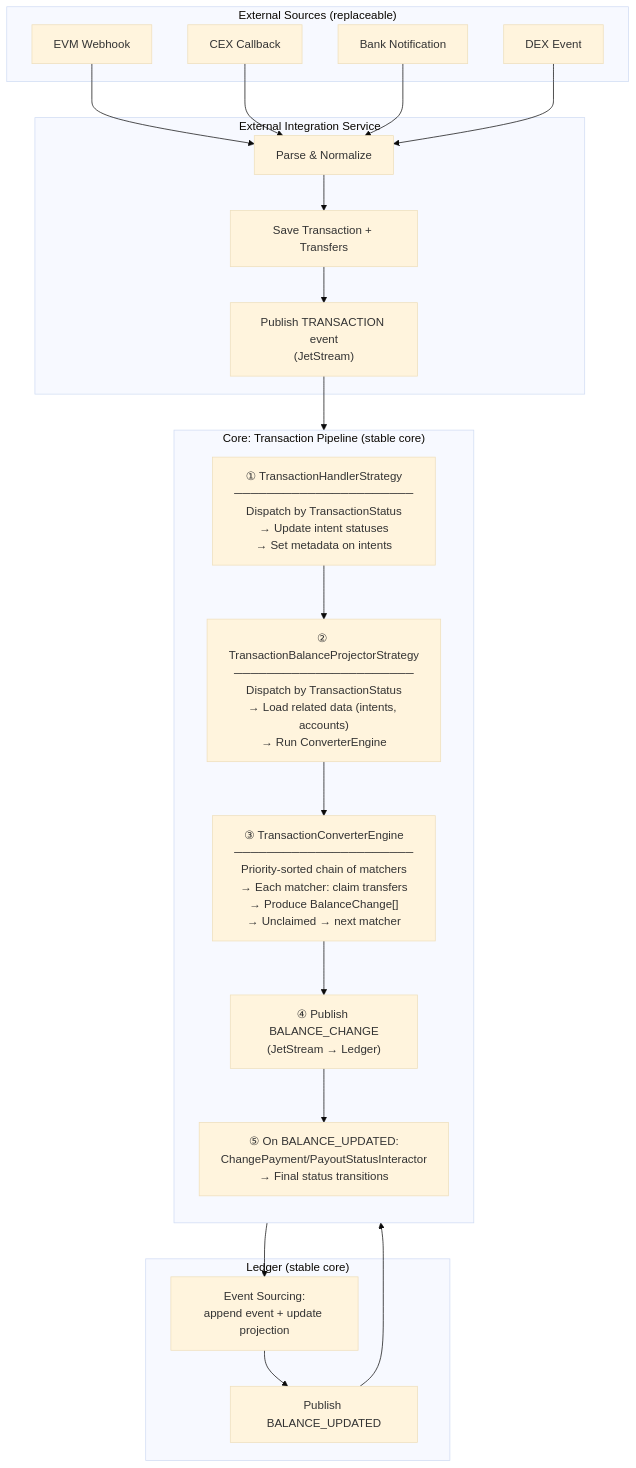
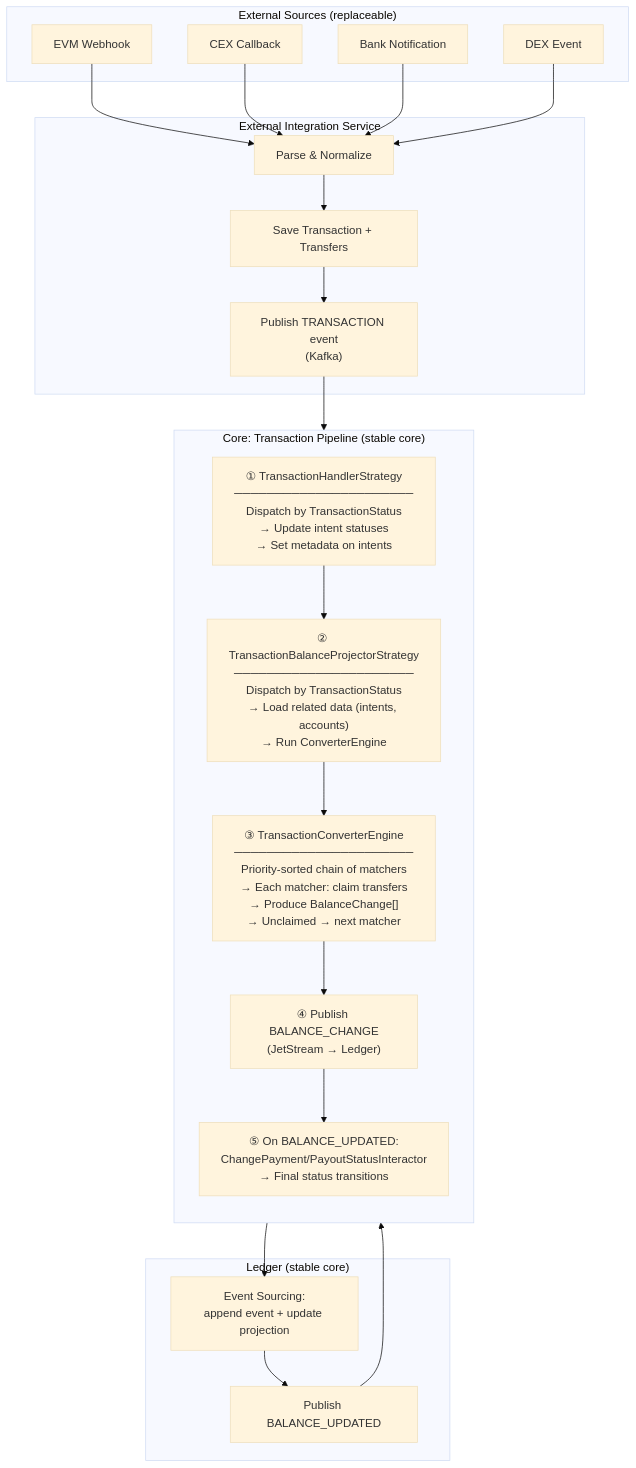
One commit to AndreyShashlovDev/multi-rail-payments-processor changed the fourth of 5 diagrams in README.md. Above: the diagram before and after it, drawn with Mermaid (base theme). The commit also changed other lines of this file and 119 other files, not shown here.

````diff
--- a/README.md
+++ b/README.md
@@ -532,43 +561,43 @@
 ```mermaid
 flowchart TD
     subgraph ExternalSources["External Sources (replaceable)"]
         EVM["EVM Webhook"]
         CEX["CEX Callback"]
         BANK["Bank Notification"]
         DEX["DEX Event"]
     end
 
     subgraph EIS["External Integration Service"]
         PARSE["Parse & Normalize"]
         SAVE["Save Transaction + Transfers"]
-        PUB["Publish TRANSACTION event<br/>(JetStream)"]
+        PUB["Publish TRANSACTION event<br/>(Kafka)"]
     end
 
     EVM --> PARSE
     CEX --> PARSE
     BANK --> PARSE
     DEX --> PARSE
     PARSE --> SAVE --> PUB
 
     subgraph Pipeline["Core: Transaction Pipeline (stable core)"]
         direction TB
         HANDLER["① TransactionHandlerStrategy<br/>──────────────────────<br/>Dispatch by TransactionStatus<br/>→ Update intent statuses<br/>→ Set metadata on intents"]
         PROJECTOR["② TransactionBalanceProjectorStrategy<br/>──────────────────────<br/>Dispatch by TransactionStatus<br/>→ Load related data (intents, accounts)<br/>→ Run ConverterEngine"]
         CONVERTER["③ TransactionConverterEngine<br/>──────────────────────<br/>Priority-sorted chain of matchers<br/>→ Each matcher: claim transfers<br/>→ Produce BalanceChange[]<br/>→ Unclaimed → next matcher"]
         LEDGER_PUB["④ Publish BALANCE_CHANGE<br/>(JetStream → Ledger)"]
         STATUS["⑤ On BALANCE_UPDATED:<br/>ChangePayment/PayoutStatusInteractor<br/>→ Final status transitions"]
 
         HANDLER --> PROJECTOR --> CONVERTER --> LEDGER_PUB --> STATUS
     end
 
     PUB --> HANDLER
 
     subgraph LedgerSvc["Ledger (stable core)"]
         ES["Event Sourcing:<br/>append event + update projection"]
         PUB_BACK["Publish BALANCE_UPDATED"]
         ES --> PUB_BACK
     end
 
     LEDGER_PUB --> ES
     PUB_BACK --> STATUS
 ```
````
